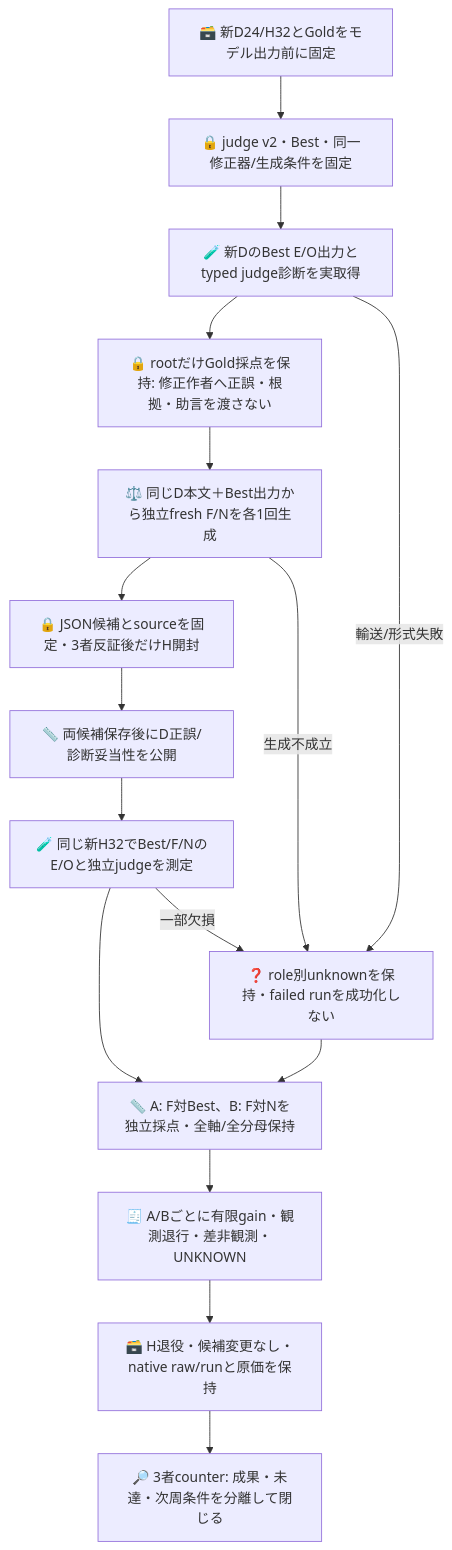
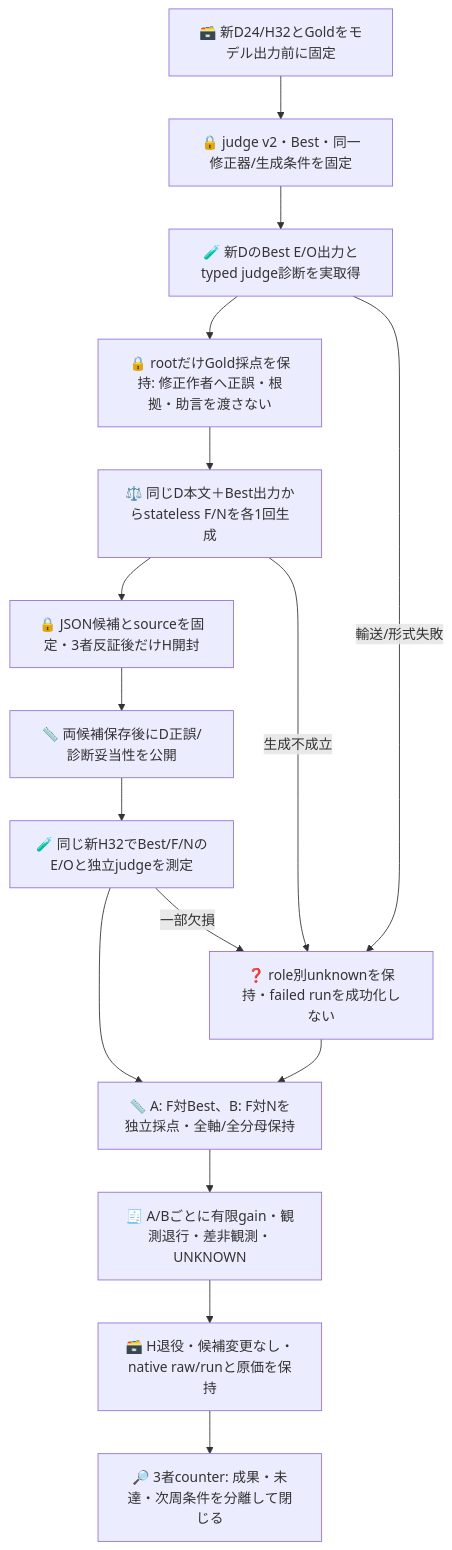
One commit to roccho-org/ops changed the second of 2 diagrams in experiments/sys1-eval-loop/counterfactual/README.md. Above: the diagram before and after it, drawn with Mermaid. The commit also changed other lines of this file and 10 other files, not shown here.

````diff
--- a/experiments/sys1-eval-loop/counterfactual/README.md
+++ b/experiments/sys1-eval-loop/counterfactual/README.md
@@ -43,18 +51,18 @@
 ```mermaid
 flowchart TB
   A["🗃️ 新D24/H32とGoldをモデル出力前に固定"] --> B["🔒 judge v2・Best・同一修正器/生成条件を固定"]
   B --> C["🧪 新DのBest E/O出力とtyped judge診断を実取得"]
   C --> D["🔒 rootだけGold採点を保持: 修正作者へ正誤・根拠・助言を渡さない"]
-  D --> E["⚖️ 同じD本文＋Best出力から独立fresh F/Nを各1回生成"]
+  D --> E["⚖️ 同じD本文＋Best出力からstateless F/Nを各1回生成"]
   E --> F["🔒 JSON候補とsourceを固定・3者反証後だけH開封"]
   F --> PUBLISH["📏 両候補保存後にD正誤/診断妥当性を公開"]
   PUBLISH --> G["🧪 同じ新H32でBest/F/NのE/Oと独立judgeを測定"]
   G --> I["📏 A: F対Best、B: F対Nを独立採点・全軸/全分母保持"]
   I --> Q["🧾 A/Bごとに有限gain・観測退行・差非観測・UNKNOWN"]
   Q --> Z["🗃️ H退役・候補変更なし・native raw/runと原価を保持"]
   Z --> T["🔎 3者counter: 成果・未達・次周条件を分離して閉じる"]
   C -->|輸送/形式失敗| P["❓ role別unknownを保持・failed runを成功化しない"]
   E -->|生成不成立| P
   G -->|一部欠損| P
   P --> I
 ```
````
